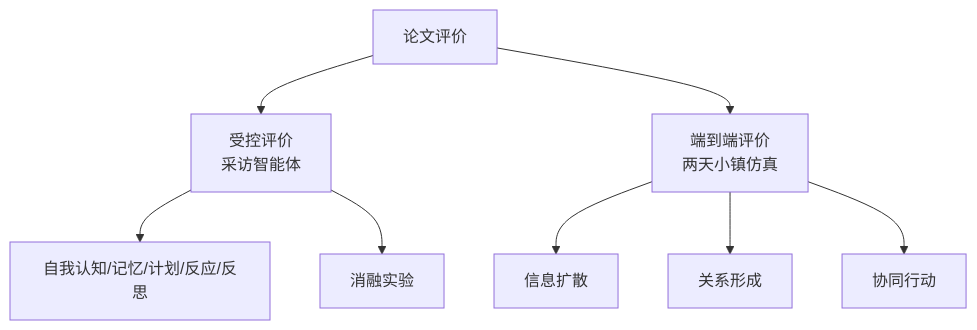
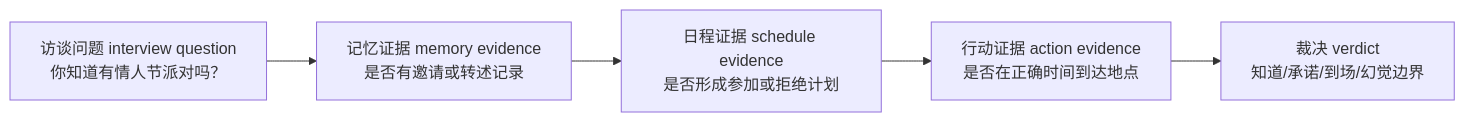
The first of 3 diagrams in docs/book/manuscript/part_01/chapter_11.md (tbkken/GenerativeAgentsCN), drawn with Mermaid before and after one commit. The commit also changed other lines of this file and 16 other files, not shown here.

````diff
--- a/docs/book/manuscript/part_01/chapter_11.md
+++ b/docs/book/manuscript/part_01/chapter_11.md
@@ -40,10 +40,7 @@
 ```mermaid
-flowchart TD
-    Evaluation["论文评价"] --> Controlled["受控评价<br/>采访智能体"]
-    Evaluation --> EndToEnd["端到端评价<br/>两天小镇仿真"]
-    Controlled --> Abilities["自我认知/记忆/计划/反应/反思"]
-    Controlled --> Ablation["消融实验"]
-    EndToEnd --> Diffusion["信息扩散"]
-    EndToEnd --> Relation["关系形成"]
-    EndToEnd --> Coordination["协同行动"]
+flowchart LR
+    Q["访谈问题 interview question<br/>你知道有情人节派对吗？"] --> M["记忆证据 memory evidence<br/>是否有邀请或转述记录"]
+    M --> S["日程证据 schedule evidence<br/>是否形成参加或拒绝计划"]
+    S --> A["行动证据 action evidence<br/>是否在正确时间到达地点"]
+    A --> V["裁决 verdict<br/>知道/承诺/到场/幻觉边界"]
 ```
````
